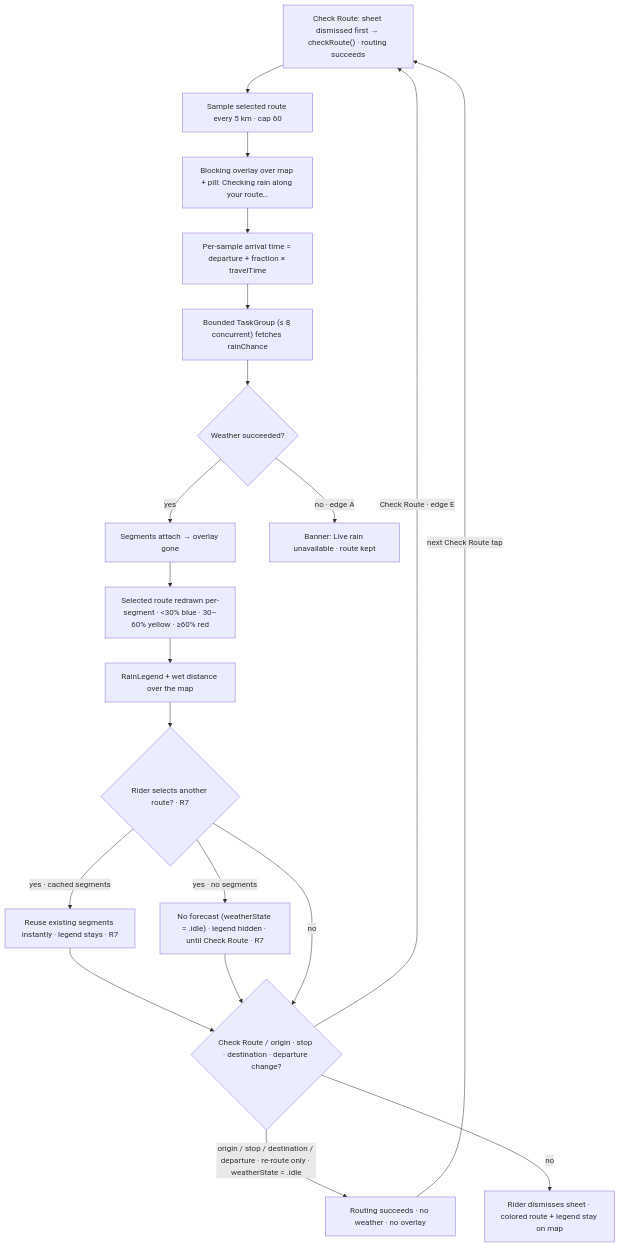
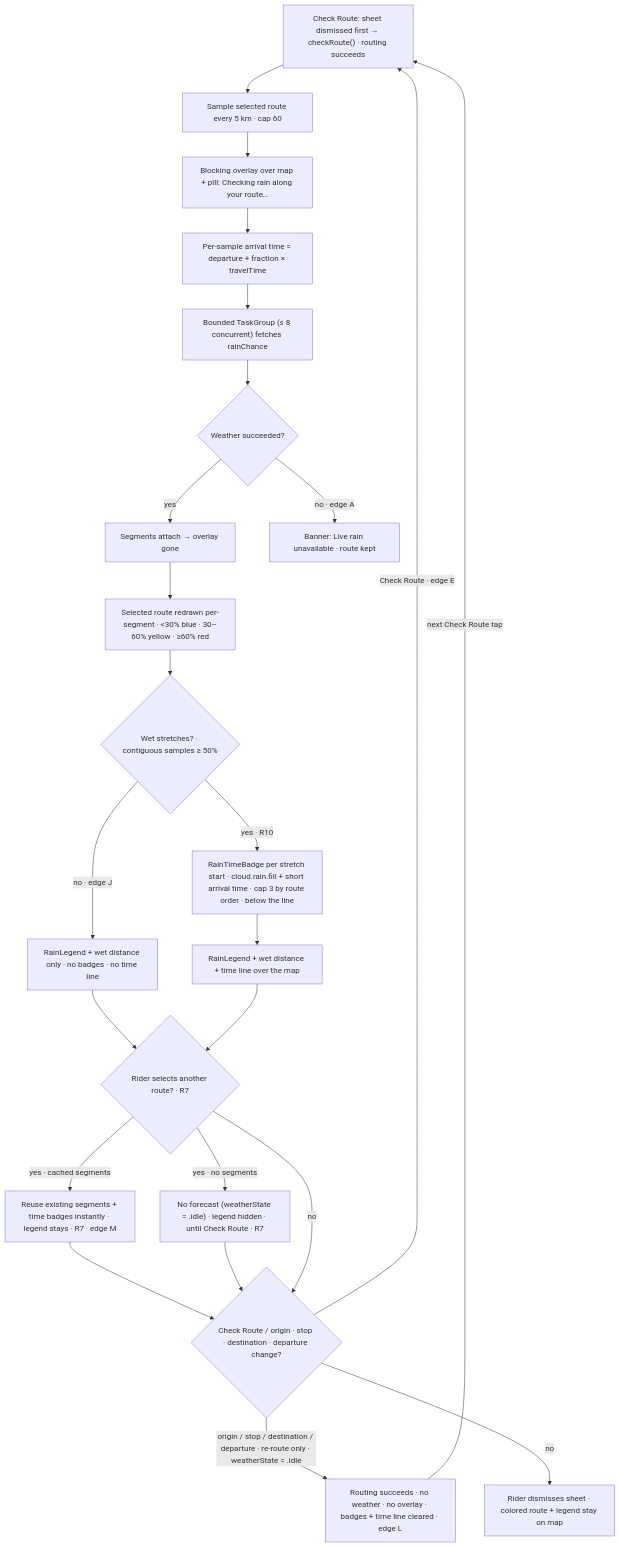
Before and after one commit to jon012906/RainDodger: the diagram in docs/flows/weather-forecast.md, drawn with Mermaid. The commit also changed other lines of this file and 4 other files, not shown here.

Commit message:
docs: sync weather docs for rain-time markers

````diff
--- a/docs/flows/weather-forecast.md
+++ b/docs/flows/weather-forecast.md
@@ -69,22 +76,26 @@
 ```mermaid
 flowchart TD
   A["Check Route: sheet dismissed first → checkRoute() · routing succeeds"] --> B["Sample selected route every 5 km · cap 60"]
   B --> C["Blocking overlay over map + pill: Checking rain along your route…"]
   C --> D["Per-sample arrival time = departure + fraction × travelTime"]
   D --> E["Bounded TaskGroup (≤ 8 concurrent) fetches rainChance"]
   E --> F{"Weather succeeded?"}
   F -->|"yes"| G["Segments attach → overlay gone"]
   G --> H["Selected route redrawn per-segment · <30% blue · 30–60% yellow · ≥60% red"]
-  H --> I["RainLegend + wet distance over the map"]
+  H --> H1{"Wet stretches? · contiguous samples ≥ 50%"}
+  H1 -->|"yes · R10"| H2["RainTimeBadge per stretch start · cloud.rain.fill + short arrival time · cap 3 by route order · below the line"]
+  H2 --> I["RainLegend + wet distance + time line over the map"]
+  H1 -->|"no · edge J"| I0["RainLegend + wet distance only · no badges · no time line"]
+  I0 --> K
   F -->|"no · edge A"| J["Banner: Live rain unavailable · route kept"]
   I --> K{"Rider selects another route? · R7"}
-  K -->|"yes · cached segments"| M["Reuse existing segments instantly · legend stays · R7"]
+  K -->|"yes · cached segments"| M["Reuse existing segments + time badges instantly · legend stays · R7 · edge M"]
   K -->|"yes · no segments"| M2["No forecast (weatherState = .idle) · legend hidden · until Check Route · R7"]
   M --> N
   M2 --> N
   K -->|"no"| N{"Check Route / origin · stop · destination · departure change?"}
   N -->|"Check Route · edge E"| A
-  N -->|"origin / stop / destination / departure · re-route only · weatherState = .idle"| P["Routing succeeds · no weather · no overlay"]
+  N -->|"origin / stop / destination / departure · re-route only · weatherState = .idle"| P["Routing succeeds · no weather · no overlay · badges + time line cleared · edge L"]
   P -->|"next Check Route tap"| A
   N -->|"no"| O["Rider dismisses sheet · colored route + legend stay on map"]
 ```
````
